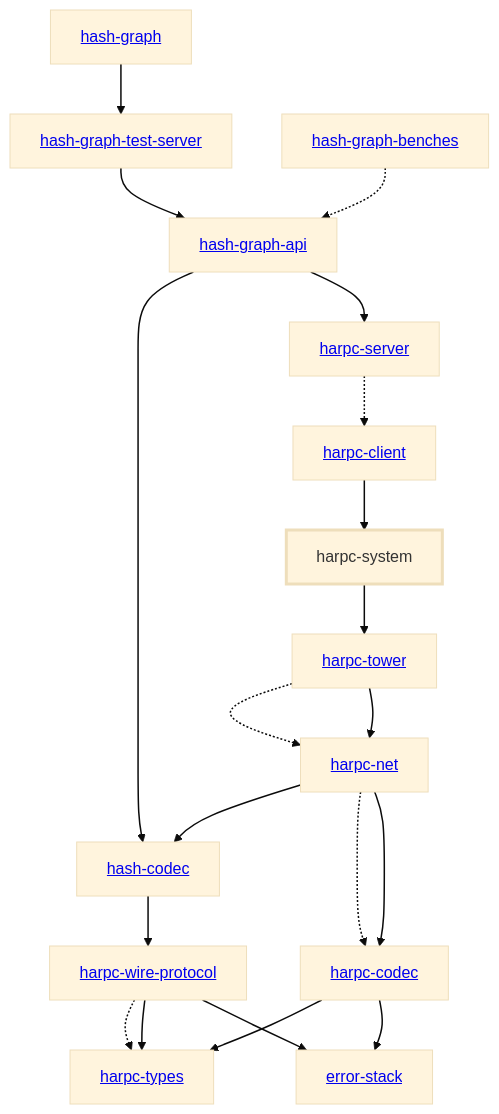
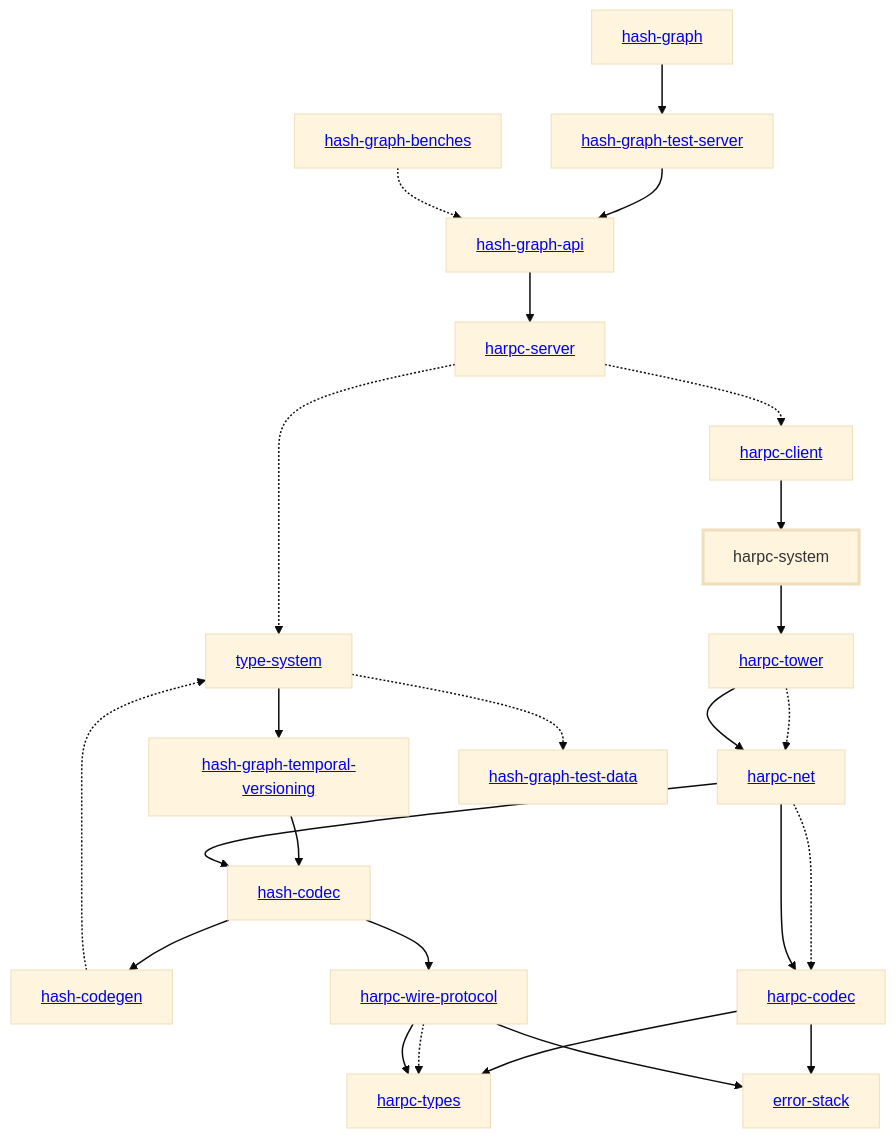
The diagram in libs/@local/harpc/system/docs/dependency-diagram.mmd (hashintel/hash), drawn with Mermaid (base theme) before and after one commit. The commit also changed 21 other files, not shown here.

Commit message:
Fix dependency diagrams

```diff
--- a/libs/@local/harpc/system/docs/dependency-diagram.mmd
+++ b/libs/@local/harpc/system/docs/dependency-diagram.mmd
@@ -1,44 +1,53 @@
 graph TD
     linkStyle default stroke-width:1.5px
     classDef default stroke-width:1px
     classDef root stroke-width:3px
     classDef dev stroke-width:1px
     classDef build stroke-width:1px
     %% Legend
     %% --> : Normal dependency
     %% -.-> : Dev dependency
     %% ---> : Build dependency
     0[<a href="../hash_graph">hash-graph</a>]
-    1[<a href="../hash_codec">hash-codec</a>]
-    2[<a href="../hash_graph_api">hash-graph-api</a>]
-    3[<a href="../hash_graph_test_server">hash-graph-test-server</a>]
-    4[<a href="../harpc_client">harpc-client</a>]
-    5[<a href="../harpc_codec">harpc-codec</a>]
-    6[<a href="../harpc_net">harpc-net</a>]
-    7[<a href="../harpc_server">harpc-server</a>]
-    8[harpc-system]
-    class 8 root
-    9[<a href="../harpc_tower">harpc-tower</a>]
-    10[<a href="../harpc_types">harpc-types</a>]
-    11[<a href="../harpc_wire_protocol">harpc-wire-protocol</a>]
-    12[<a href="../error_stack">error-stack</a>]
-    13[<a href="../hash_graph_benches">hash-graph-benches</a>]
-    0 --> 3
-    1 --> 11
-    2 --> 1
-    2 --> 7
-    3 --> 2
-    4 --> 8
-    5 --> 10
-    5 --> 12
-    6 --> 1
-    6 -.-> 5
-    6 --> 5
-    7 -.-> 4
-    8 --> 9
-    9 -.-> 6
-    9 --> 6
-    11 -.-> 10
-    11 --> 10
+    1[<a href="../type_system">type-system</a>]
+    2[<a href="../hash_codec">hash-codec</a>]
+    3[<a href="../hash_codegen">hash-codegen</a>]
+    4[<a href="../hash_graph_api">hash-graph-api</a>]
+    5[<a href="../hash_graph_temporal_versioning">hash-graph-temporal-versioning</a>]
+    6[<a href="../hash_graph_test_server">hash-graph-test-server</a>]
+    7[<a href="../harpc_client">harpc-client</a>]
+    8[<a href="../harpc_codec">harpc-codec</a>]
+    9[<a href="../harpc_net">harpc-net</a>]
+    10[<a href="../harpc_server">harpc-server</a>]
+    11[harpc-system]
+    class 11 root
+    12[<a href="../harpc_tower">harpc-tower</a>]
+    13[<a href="../harpc_types">harpc-types</a>]
+    14[<a href="../harpc_wire_protocol">harpc-wire-protocol</a>]
+    15[<a href="../error_stack">error-stack</a>]
+    16[<a href="../hash_graph_benches">hash-graph-benches</a>]
+    17[<a href="../hash_graph_test_data">hash-graph-test-data</a>]
+    0 --> 6
+    1 --> 5
+    1 -.-> 17
+    2 --> 3
+    2 --> 14
+    3 -.-> 1
+    4 --> 10
+    5 --> 2
+    6 --> 4
+    7 --> 11
+    8 --> 13
+    8 --> 15
+    9 --> 2
+    9 -.-> 8
+    9 --> 8
+    10 -.-> 1
+    10 -.-> 7
     11 --> 12
-    13 -.-> 2
+    12 -.-> 9
+    12 --> 9
+    14 -.-> 13
+    14 --> 13
+    14 --> 15
+    16 -.-> 4
```
